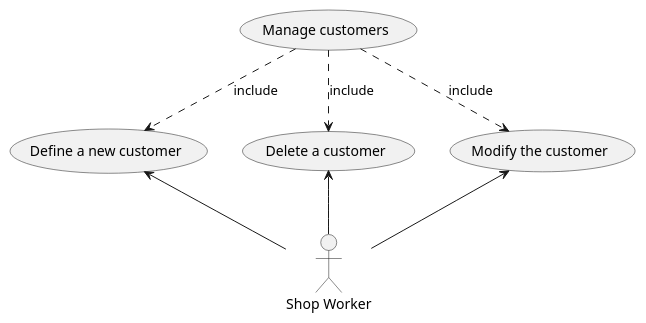
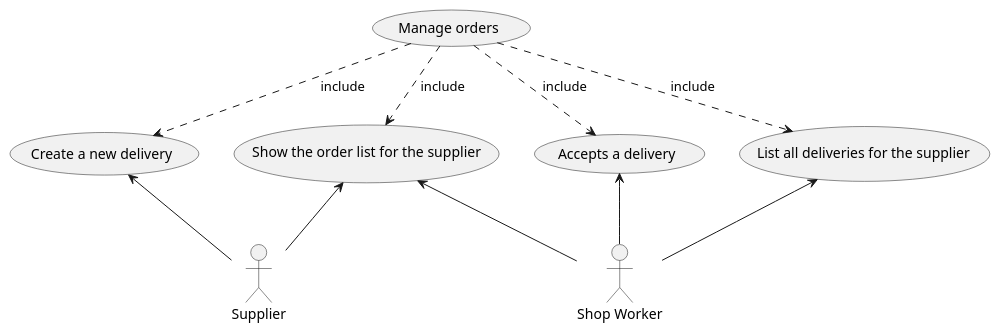
Before and after one commit to polito-se2-21-r03/se1-ezshop: the eighth of 12 diagrams in Deliverables/RequirementsDocument.md, drawn with PlantUML. The commit also changed other lines of this file, not shown here.

Commit message:
changes about UC diagram 6,7,8

````diff
--- a/Deliverables/RequirementsDocument.md
+++ b/Deliverables/RequirementsDocument.md
@@ -341,18 +370,24 @@
 ```plantuml
+"Supplier" as Supplier
 "Shop Worker" as ShopWorker
 
-(Manage customers) as FR4
+(Manage orders) as FR7
 
-/' Customers management (UC21, UC22, UC23) '/
-(Define a new customer) as UC21
-(Delete a customer) as UC22
-(Modify the customer) as UC23
+/' Orders management (UC7.1, UC7.2, UC7.3, UC7.4) '/
+(Show the order list for the supplier) as UC7.1
+(Create a new delivery) as UC7.2
+(List all deliveries for the supplier) as UC7.3
+(Accepts a delivery) as UC7.4
 
-FR4 ..> UC21 :include
-FR4 ..> UC22 :include
-FR4 ..> UC23 :include
+FR7 ..> UC7.1 :include
+FR7 ..> UC7.2 :include
+FR7 ..> UC7.3 :include
+FR7 ..> UC7.4 :include
 
-UC21 <-- ShopWorker
-UC22 <-- ShopWorker
-UC23 <-- ShopWorker
+UC7.1 <-- ShopWorker
+UC7.1 <-- Supplier
+UC7.2 <-- Supplier
+UC7.3 <-- ShopWorker
+UC7.4 <-- ShopWorker
+
 ```
````
